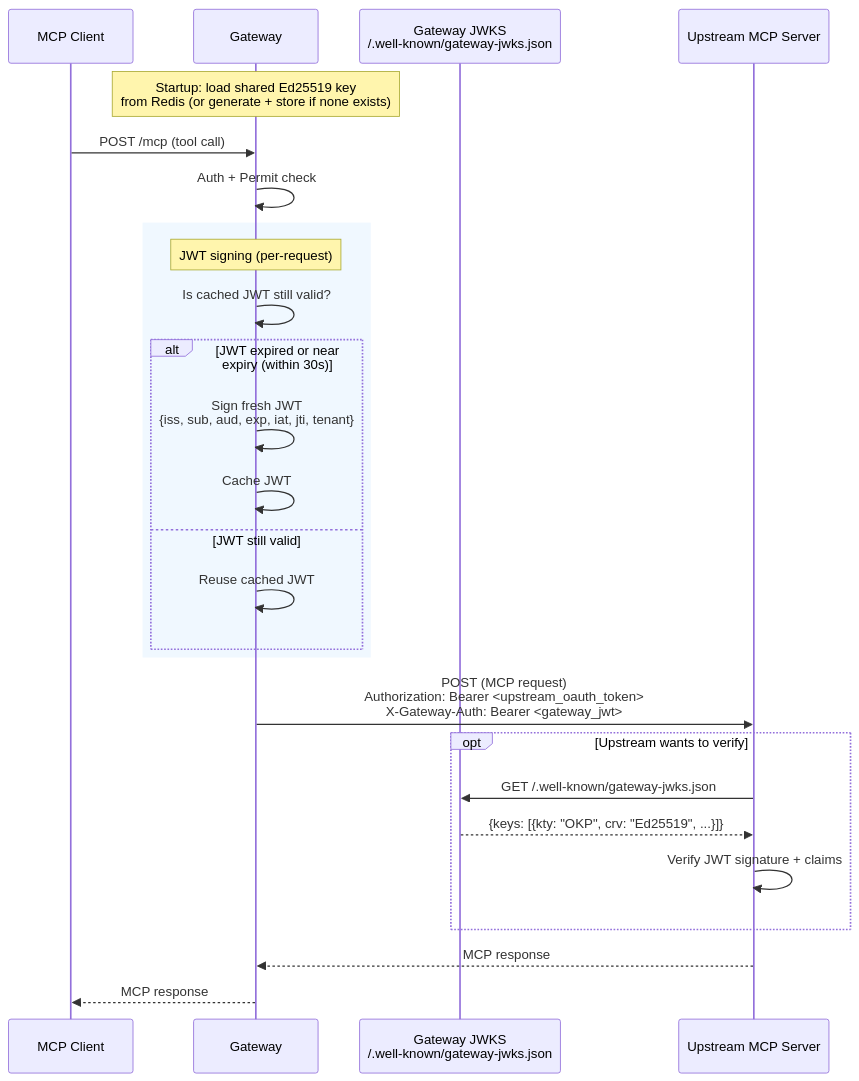
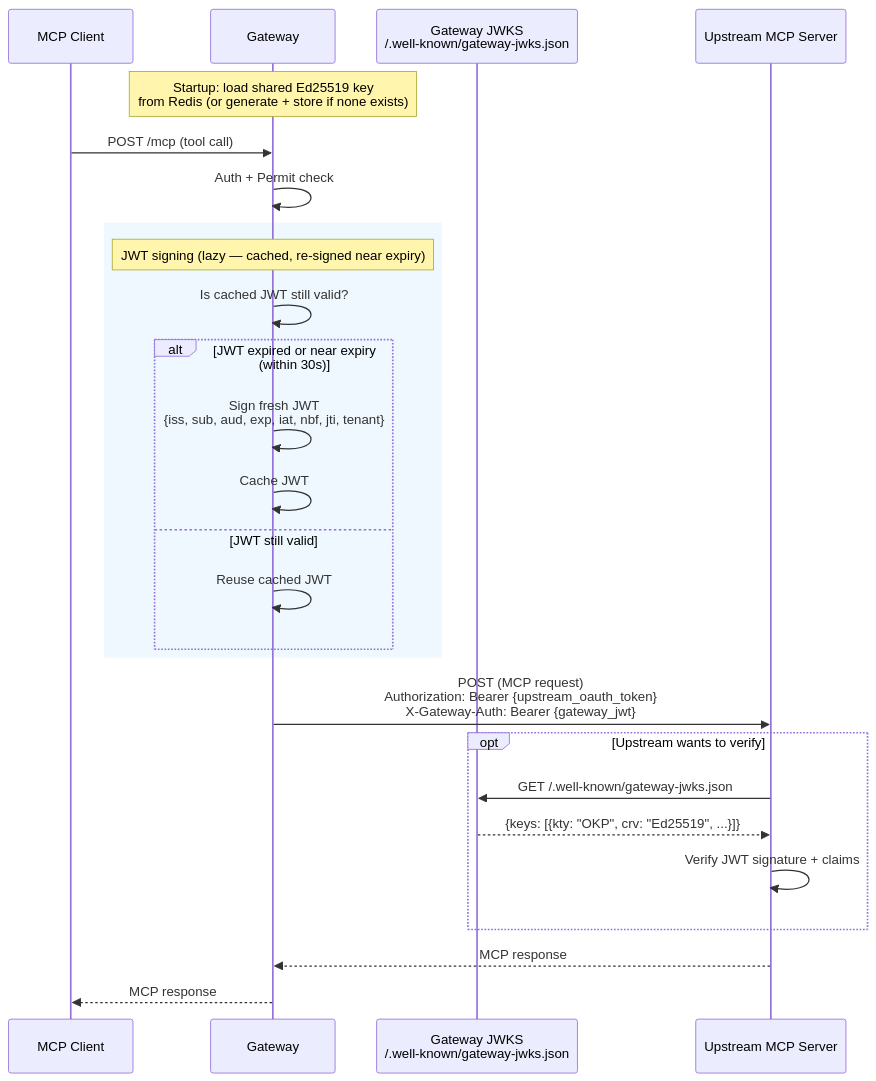
One commit to permitio/docs changed the ninth of 9 diagrams in docs/permit-mcp-gateway/architecture.mdx. Above: the diagram before and after it, drawn with Mermaid. The commit also changed other lines of this file, not shown here.

Commit message:
Address PR review comments on gateway JWT docs
- Data Flow diagram edge now mentions the signed X-Gateway-Auth JWT, matching the table row (Copilot, Zeev)
- Sequence-diagram claim list includes nbf (Zeev)
- Reworded "JWT signing (per-request)" note to reflect lazy caching/re-sign-near-expiry (Copilot)
- Use {...} placeholders instead of angle brackets in the sequence diagram so they don't render as HTML (Copilot)
- Use ASCII hyphen instead of Unicode minus in the iat/nbf claim rows (Copilot)

````diff
--- a/docs/permit-mcp-gateway/architecture.mdx
+++ b/docs/permit-mcp-gateway/architecture.mdx
@@ -454,34 +454,34 @@
 ```mermaid
 sequenceDiagram
     participant Client as MCP Client
     participant GW as Gateway
     participant JWKS as Gateway JWKS<br/>/.well-known/gateway-jwks.json
     participant Up as Upstream MCP Server
 
     Note over GW: Startup: load shared Ed25519 key<br/>from Redis (or generate + store if none exists)
 
     Client->>GW: POST /mcp (tool call)
     GW->>GW: Auth + Permit check
 
     rect rgb(240, 248, 255)
-        Note over GW: JWT signing (per-request)
+        Note over GW: JWT signing (lazy — cached, re-signed near expiry)
         GW->>GW: Is cached JWT still valid?
         alt JWT expired or near expiry (within 30s)
-            GW->>GW: Sign fresh JWT<br/>{iss, sub, aud, exp, iat, jti, tenant}
+            GW->>GW: Sign fresh JWT<br/>{iss, sub, aud, exp, iat, nbf, jti, tenant}
             GW->>GW: Cache JWT
         else JWT still valid
             GW->>GW: Reuse cached JWT
         end
     end
 
-    GW->>Up: POST (MCP request)<br/>Authorization: Bearer <upstream_oauth_token><br/>X-Gateway-Auth: Bearer <gateway_jwt>
+    GW->>Up: POST (MCP request)<br/>Authorization: Bearer {upstream_oauth_token}<br/>X-Gateway-Auth: Bearer {gateway_jwt}
 
     opt Upstream wants to verify
         Up->>JWKS: GET /.well-known/gateway-jwks.json
         JWKS-->>Up: {keys: [{kty: "OKP", crv: "Ed25519", ...}]}
         Up->>Up: Verify JWT signature + claims
     end
 
     Up-->>GW: MCP response
     GW-->>Client: MCP response
 ```
````
